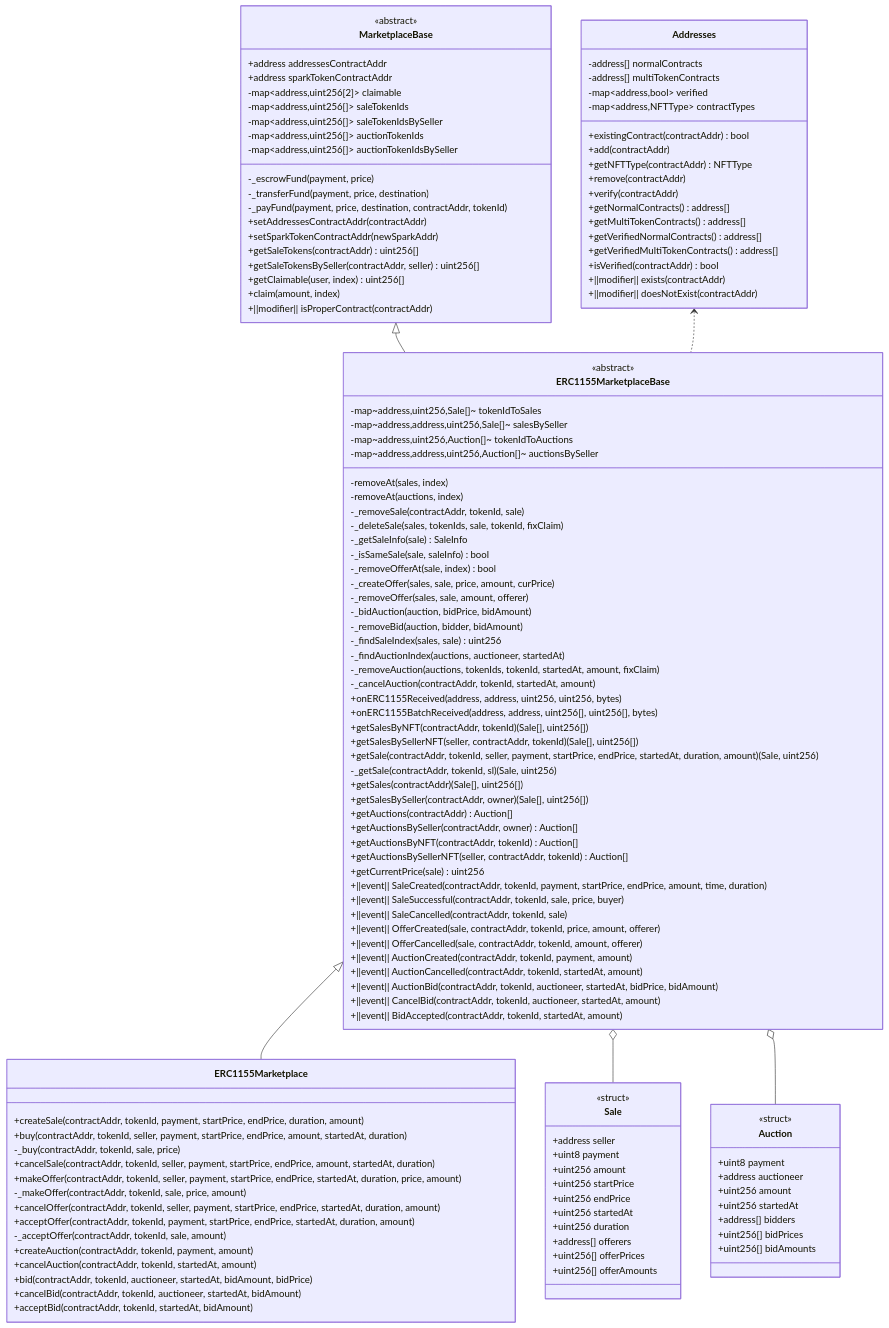
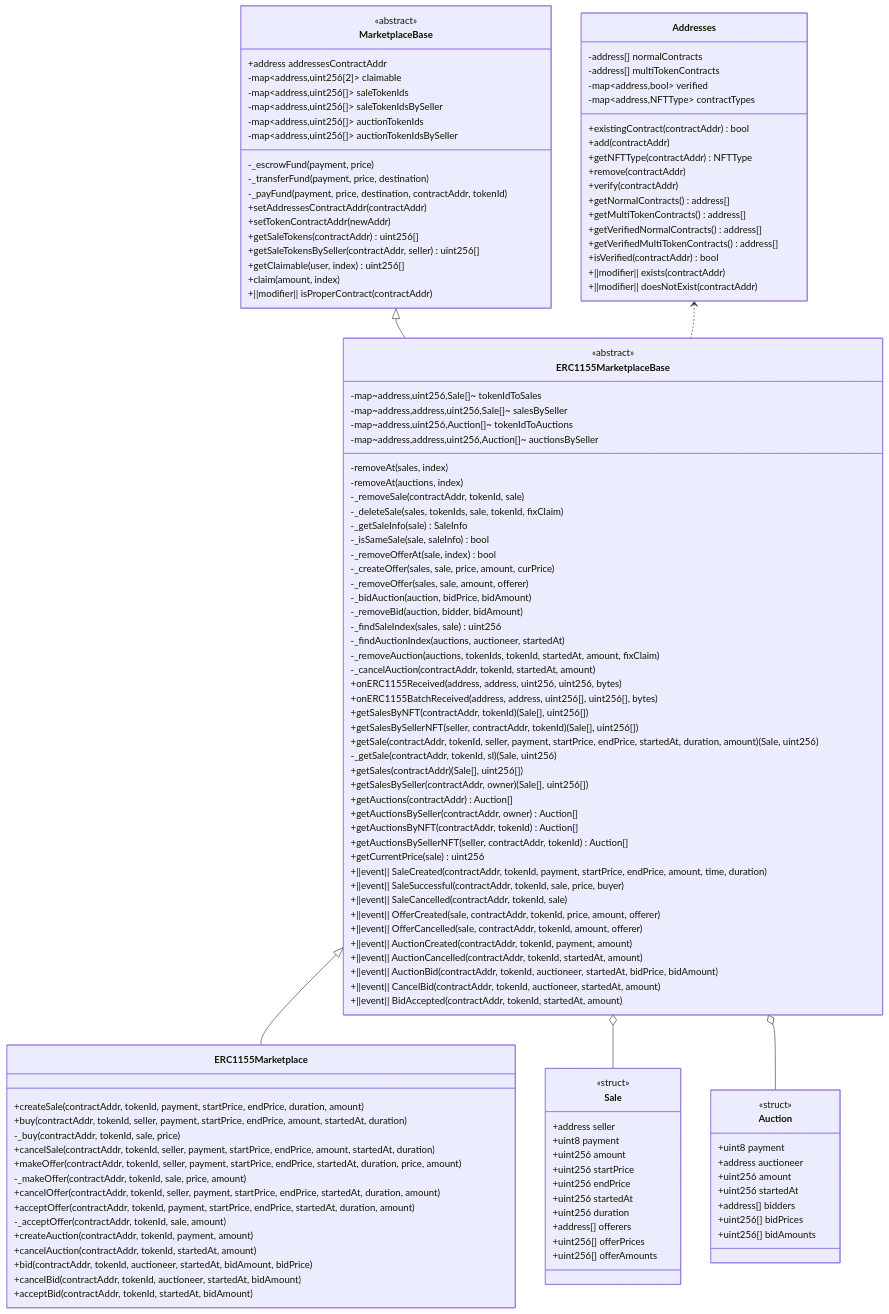
One commit to rot0505/waifu-marketplace-smart-contract changed the second of 4 diagrams in README.md. Above: the diagram before and after it, drawn with Mermaid. The commit also changed other lines of this file and 50 other files, not shown here.

```diff
--- a/README.md
+++ b/README.md
@@ -209,7 +208,6 @@
   class MarketplaceBase {
     <<abstract>>
     +address addressesContractAddr
-    +address sparkTokenContractAddr
     -map~address,uint256[2]~ claimable
     -map~address,uint256[]~ saleTokenIds
     -map~address,uint256[]~ saleTokenIdsBySeller
@@ -219,7 +217,7 @@
     -_transferFund(payment, price, destination)
     -_payFund(payment, price, destination, contractAddr, tokenId)
     +setAddressesContractAddr(contractAddr)
-    +setSparkTokenContractAddr(newSparkAddr)
+    +setTokenContractAddr(newAddr)
     +getSaleTokens(contractAddr) uint256[]
     +getSaleTokensBySeller(contractAddr, seller) uint256[]
     +getClaimable(user, index) uint256[]
```
